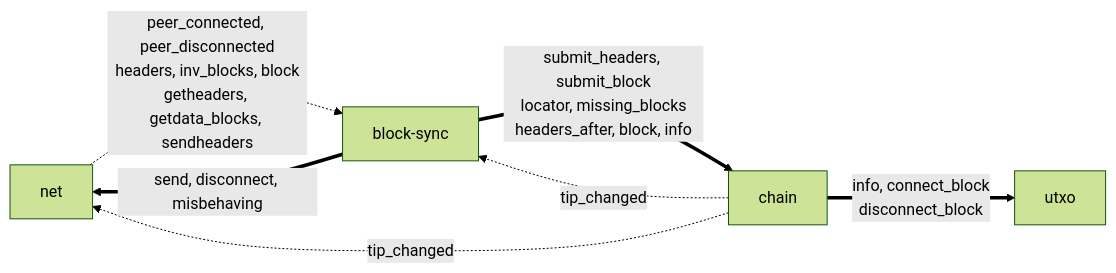
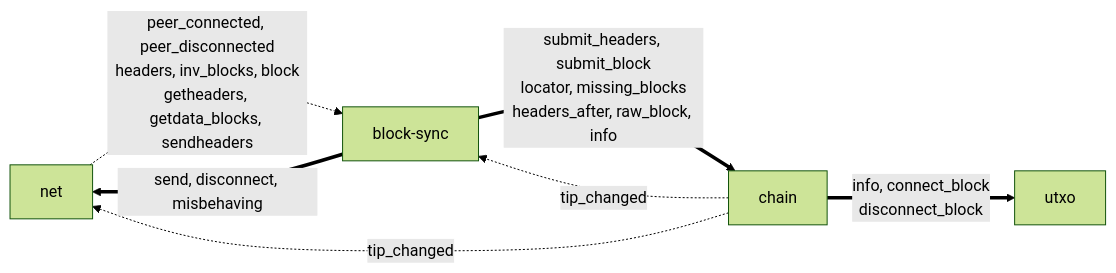
One commit to RustBTCD/btcd changed the second of 3 diagrams in docs/architecture/overview.md. Above: the diagram before and after it, drawn with Mermaid (forest theme). The commit also changed 68 other files, not shown here.

Commit message:
add json schemas

````diff
--- a/docs/architecture/overview.md
+++ b/docs/architecture/overview.md
@@ -43,15 +43,15 @@
 ```mermaid
 flowchart LR
     net["net"]
     bs["block-sync"]
     chain["chain"]
     utxo["utxo"]
 
     net -. "peer_connected, peer_disconnected<br/>headers, inv_blocks, block<br/>getheaders, getdata_blocks, sendheaders" .-> bs
     chain -. "tip_changed" .-> bs
     chain -. "tip_changed" .-> net
 
-    bs == "submit_headers, submit_block<br/>locator, missing_blocks<br/>headers_after, block, info" ==> chain
+    bs == "submit_headers, submit_block<br/>locator, missing_blocks<br/>headers_after, raw_block, info" ==> chain
     bs == "send, disconnect, misbehaving" ==> net
     chain == "info, connect_block<br/>disconnect_block" ==> utxo
 ```
````
